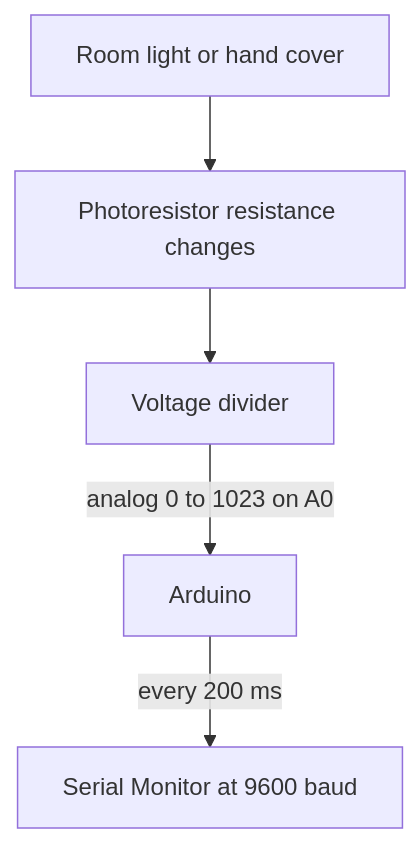
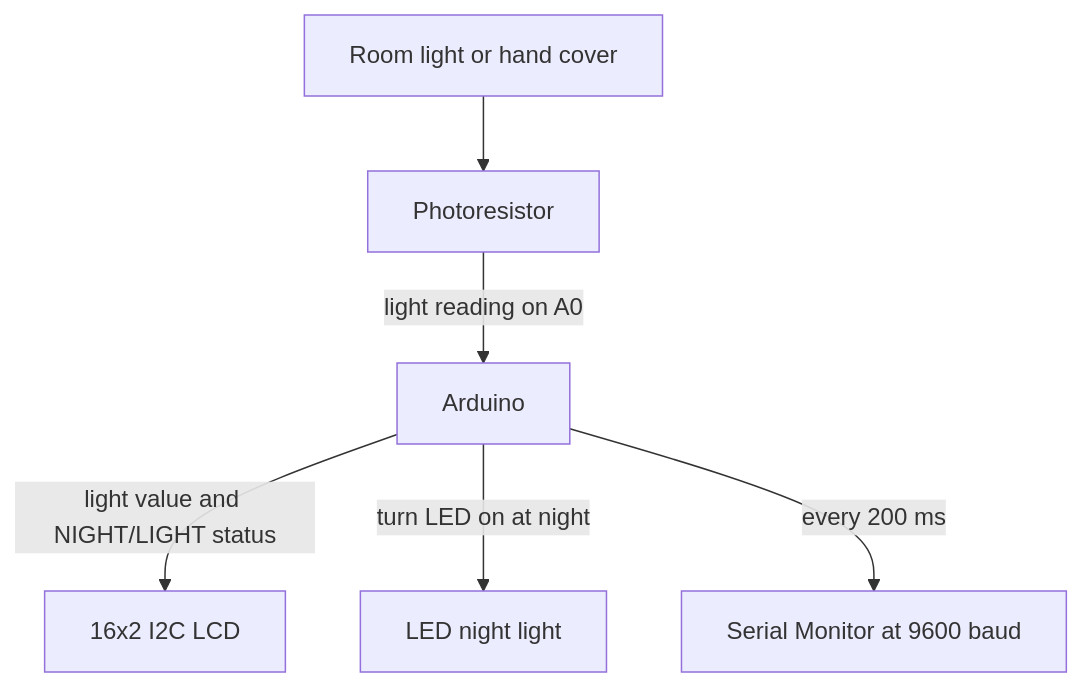
The second of 2 diagrams in docs/connections.md (Danncode10/Automatic-Night-Lights), drawn with Mermaid before and after one commit. The commit also changed other lines of this file and 3 other files, not shown here.

Commit message:
Enhance project documentation and Arduino sketch to include LED and LCD functionality for automatic night-light status display

````diff
--- a/docs/connections.md
+++ b/docs/connections.md
@@ -45,7 +66,8 @@
 ```mermaid
 flowchart TD
-    Light["Room light or hand cover"] --> Photoresistor["Photoresistor resistance changes"]
-    Photoresistor --> Divider["Voltage divider"]
-    Divider -->|"analog 0 to 1023 on A0"| Arduino["Arduino"]
+    Light["Room light or hand cover"] --> Photoresistor["Photoresistor"]
+    Photoresistor -->|"light reading on A0"| Arduino["Arduino"]
+    Arduino -->|"light value and NIGHT/LIGHT status"| LCD["16x2 I2C LCD"]
+    Arduino -->|"turn LED on at night"| LED["LED night light"]
     Arduino -->|"every 200 ms"| Serial["Serial Monitor at 9600 baud"]
 ```
````
